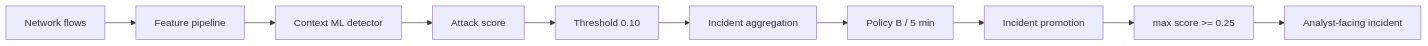
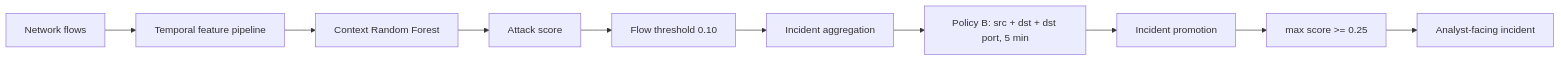
One commit to ibondarenko1/security-anomaly-ml changed the diagram in README.md. Above: the diagram before and after it, drawn with Mermaid. The commit also changed other lines of this file, not shown here.

````diff
--- a/README.md
+++ b/README.md
@@ -13,12 +11,12 @@
 ```mermaid
 flowchart LR
-    A[Network flows] --> B[Feature pipeline]
-    B --> C[Context ML detector]
+    A[Network flows] --> B[Temporal feature pipeline]
+    B --> C[Context Random Forest]
     C --> D[Attack score]
-    D --> E[Threshold 0.10]
+    D --> E[Flow threshold 0.10]
     E --> F[Incident aggregation]
-    F --> G[Policy B / 5 min]
+    F --> G[Policy B: src + dst + dst port, 5 min]
     G --> H[Incident promotion]
     H --> I[max score >= 0.25]
     I --> J[Analyst-facing incident]
 ```
````
